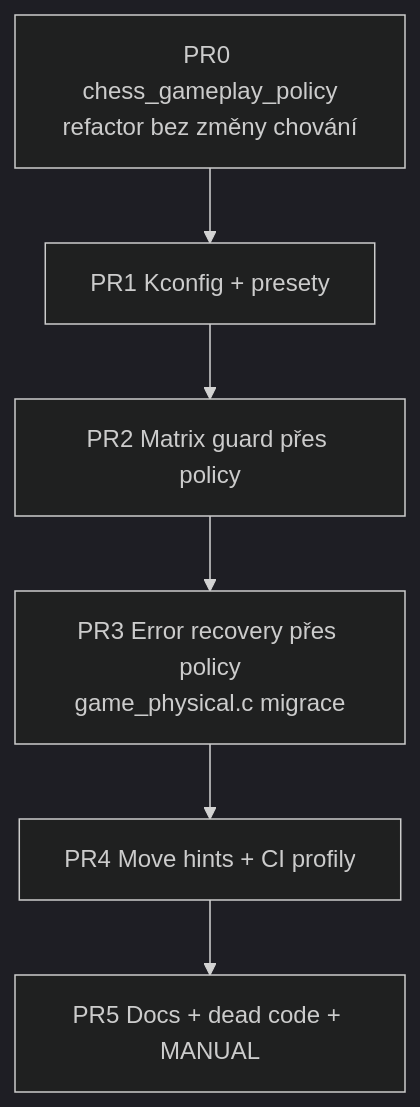
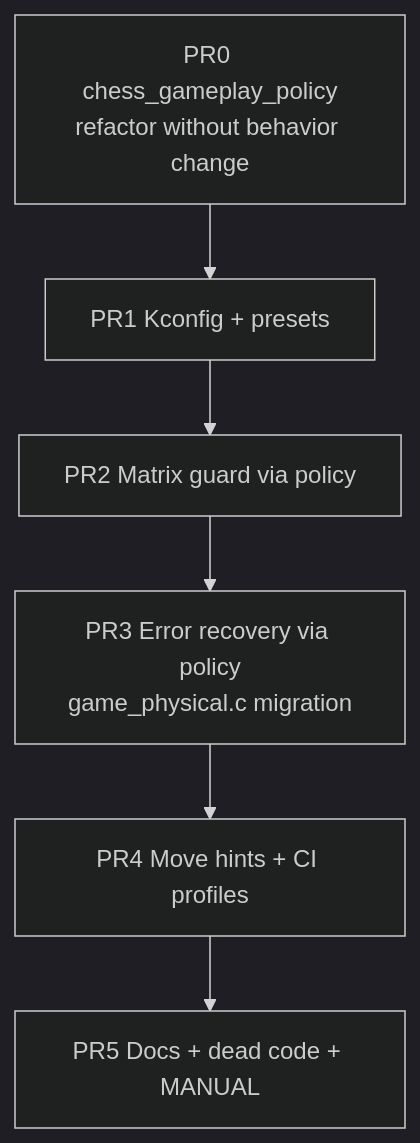
Before and after one commit to AlfredKrutina/chess_esp32_c6_devkit: the second of 2 diagrams in docs/reference/MENUCONFIG_FEATURES_PLAN.md, drawn with Mermaid (dark theme). The commit also changed other lines of this file and 372 other files, not shown here.

````diff
--- a/docs/reference/MENUCONFIG_FEATURES_PLAN.md
+++ b/docs/reference/MENUCONFIG_FEATURES_PLAN.md
@@ -314,10 +314,10 @@
 ```mermaid
 flowchart TD
-  P0[PR0 chess_gameplay_policy\nrefactor bez změny chování]
-  P1[PR1 Kconfig + presety]
-  P2[PR2 Matrix guard přes policy]
-  P3[PR3 Error recovery přes policy\ngame_physical.c migrace]
-  P4[PR4 Move hints + CI profily]
+  P0[PR0 chess_gameplay_policy\nrefactor without behavior change]
+  P1[PR1 Kconfig + presets]
+  P2[PR2 Matrix guard via policy]
+  P3[PR3 Error recovery via policy\ngame_physical.c migration]
+  P4[PR4 Move hints + CI profiles]
   P5[PR5 Docs + dead code + MANUAL]
   P0 --> P1 --> P2 --> P3 --> P4 --> P5
 ```
````
